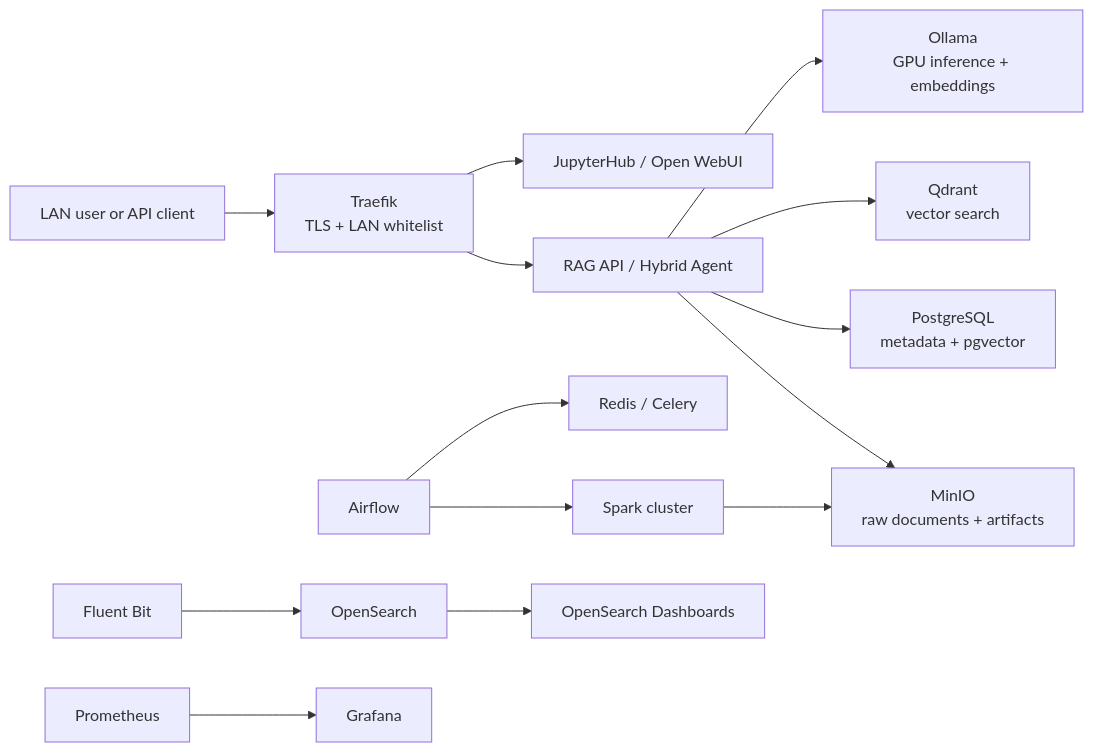
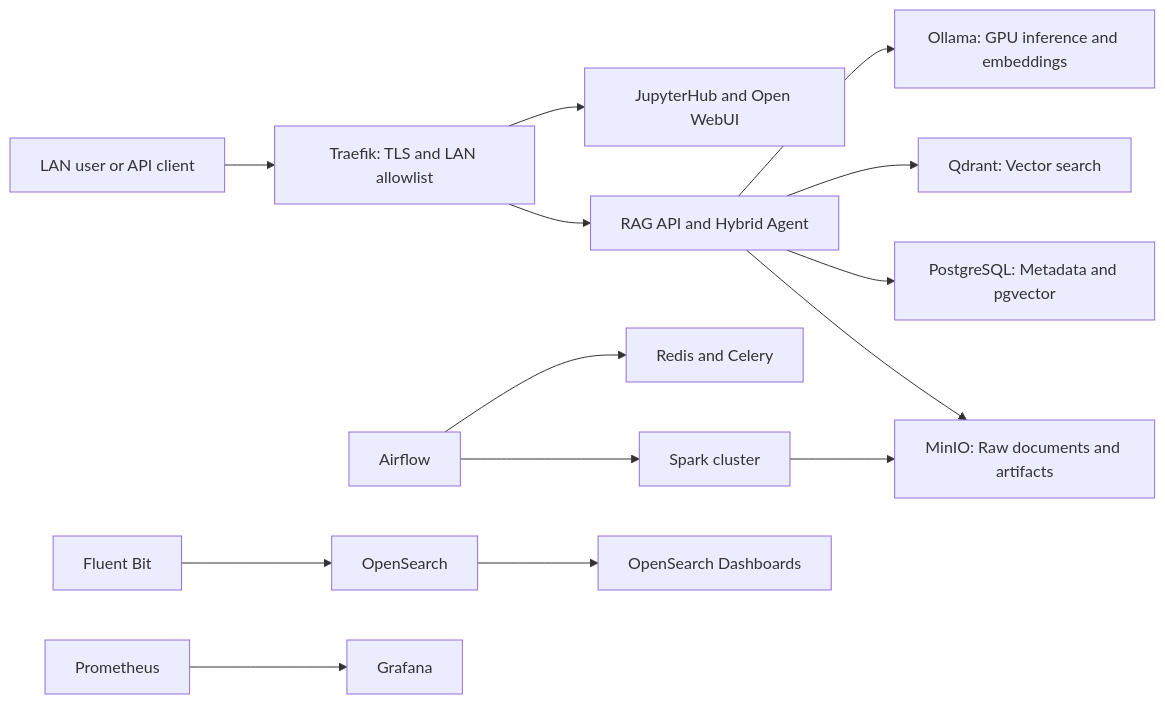
One commit to oscargbocanegra/lab-infra-ia-bigdata changed the diagram in README.md. Above: the diagram before and after it, drawn with Mermaid.

Commit message:
docs: fix README Mermaid diagram

````diff
--- a/README.md
+++ b/README.md
@@ -95,21 +95,16 @@
 ```mermaid
 flowchart LR
-    U[LAN user or API client] --> T[Traefik
-TLS + LAN whitelist]
-    T --> UI[JupyterHub / Open WebUI]
-    T --> API[RAG API / Hybrid Agent]
-    API --> O[Ollama
-GPU inference + embeddings]
-    API --> Q[Qdrant
-vector search]
-    API --> P[PostgreSQL
-metadata + pgvector]
-    API --> M[MinIO
-raw documents + artifacts]
-    A[Airflow] --> R[Redis / Celery]
-    A --> S[Spark cluster]
+    U["LAN user or API client"] --> T["Traefik: TLS and LAN allowlist"]
+    T --> UI["JupyterHub and Open WebUI"]
+    T --> API["RAG API and Hybrid Agent"]
+    API --> O["Ollama: GPU inference and embeddings"]
+    API --> Q["Qdrant: Vector search"]
+    API --> P["PostgreSQL: Metadata and pgvector"]
+    API --> M["MinIO: Raw documents and artifacts"]
+    A["Airflow"] --> R["Redis and Celery"]
+    A --> S["Spark cluster"]
     S --> M
     F[Fluent Bit] --> OS[OpenSearch]
     PR[Prometheus] --> G[Grafana]
     OS --> D[OpenSearch Dashboards]
 ```
````
